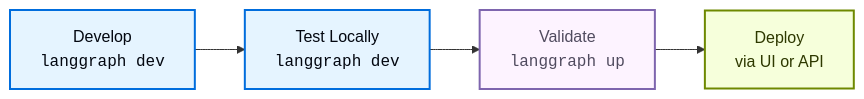
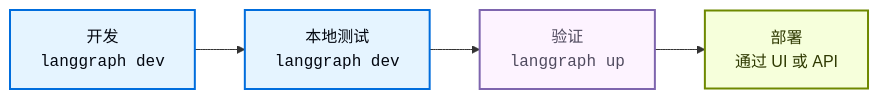
One commit to kunfan96/cndocs-langchain changed the diagram in langsmith/local-dev-testing.mdx. Above: the diagram before and after it, drawn with Mermaid. The commit also changed other lines of this file and 2498 other files, not shown here.

````diff
--- a/langsmith/local-dev-testing.mdx
+++ b/langsmith/local-dev-testing.mdx
@@ -32,9 +32,9 @@
 ```mermaid
 flowchart LR
-    A["Develop<br/><code>langgraph dev</code>"] --> B["Test Locally<br/><code>langgraph dev</code>"] --> C["Validate<br/><code>langgraph up</code>"] --> D["Deploy<br/>via UI or API"]
+    A["开发<br/><code>langgraph dev</code>"] --> B["本地测试<br/><code>langgraph dev</code>"] --> C["验证<br/><code>langgraph up</code>"] --> D["部署<br/>通过 UI 或 API"]
 
     style A fill:#E5F4FF,stroke:#006DDD,stroke-width:2px,color:#030710
     style B fill:#E5F4FF,stroke:#006DDD,stroke-width:2px,color:#030710
     style C fill:#FDF3FF,stroke:#7E65AE,stroke-width:2px,color:#504B5F
     style D fill:#F6FFDB,stroke:#6E8900,stroke-width:2px,color:#2E3900
 ```
````
